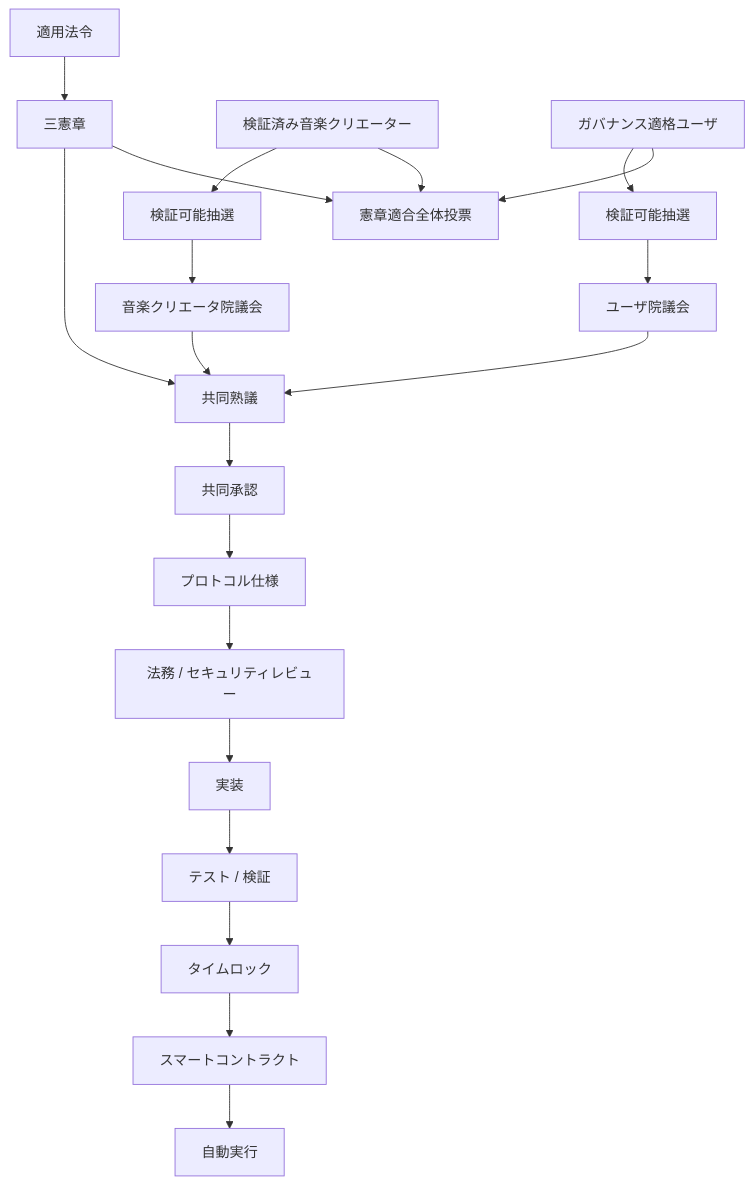
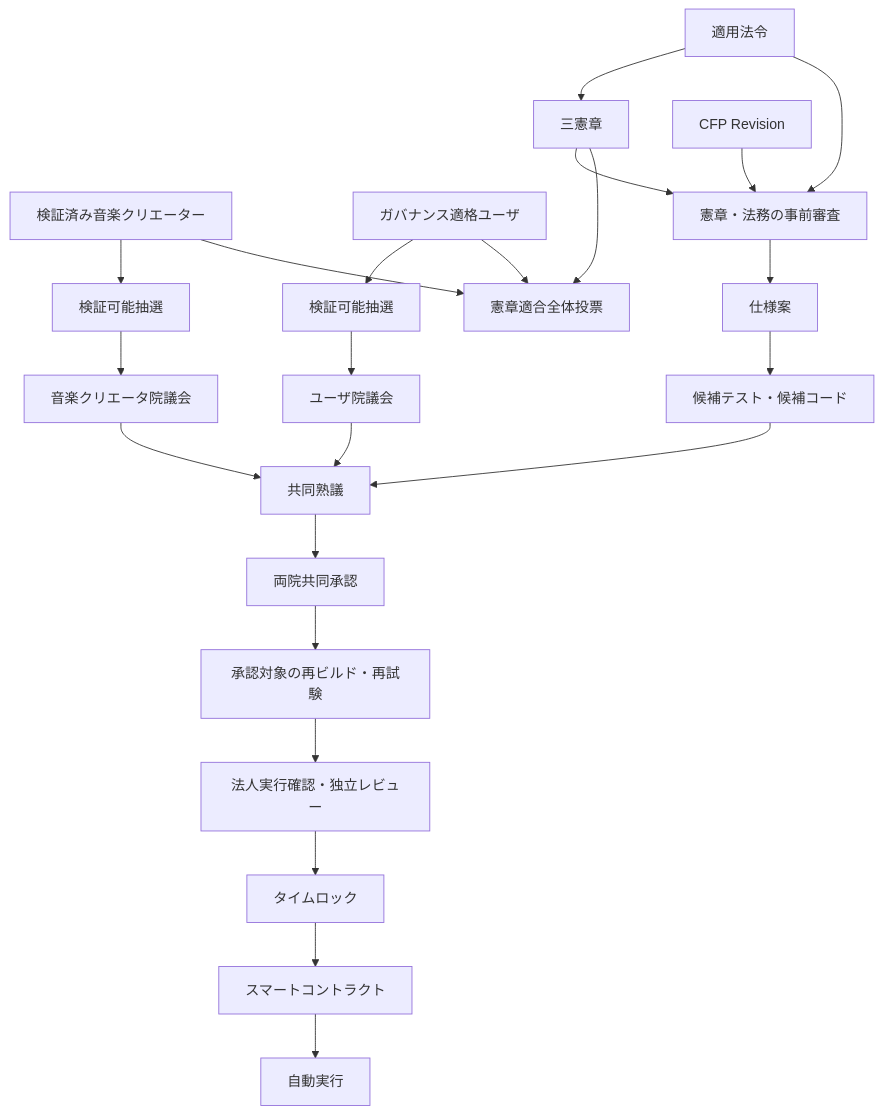
One commit to ShigeichiroYamasaki/creator-first-platform changed diagram 24 of 25 in docs/whitepaper/07-governance.md. Above: the diagram before and after it, drawn with Mermaid. The commit also changed other lines of this file and 23 other files, not shown here.

````diff
--- a/docs/whitepaper/07-governance.md
+++ b/docs/whitepaper/07-governance.md
@@ -1129,34 +1231,36 @@
 ```mermaid
 flowchart TD
     LAW[適用法令]
     CONST[三憲章]
 
     LAW --> CONST
 
     CREATOR[検証済み音楽クリエーター]
     USER[ガバナンス適格ユーザ]
 
     CREATOR --> CSORT[検証可能抽選]
     USER --> USORT[検証可能抽選]
 
     CSORT --> CH[音楽クリエータ院議会]
     USORT --> UH[ユーザ院議会]
 
-    CH --> DELIB[共同熟議]
+    CFP[CFP Revision] --> PRE[憲章・法務の事前審査]
+    LAW --> PRE
+    CONST --> PRE
+    PRE --> SPEC[仕様案]
+    SPEC --> CANDIDATE[候補テスト・候補コード]
+    CANDIDATE --> DELIB[共同熟議]
+    CH --> DELIB
     UH --> DELIB
 
-    CONST --> DELIB
-
-    DELIB --> DECISION[共同承認]
-    DECISION --> SPEC[プロトコル仕様]
-    SPEC --> LEGAL[法務 / セキュリティレビュー]
-    LEGAL --> IMPLEMENT[実装]
-    IMPLEMENT --> TEST[テスト / 検証]
-    TEST --> TIME[タイムロック]
+    DELIB --> DECISION[両院共同承認]
+    DECISION --> TEST[承認対象の再ビルド・再試験]
+    TEST --> LEGAL[法人実行確認・独立レビュー]
+    LEGAL --> TIME[タイムロック]
     TIME --> CODE[スマートコントラクト]
     CODE --> EXEC[自動実行]
 
     CONST --> REFERENDUM[憲章適合全体投票]
     CREATOR --> REFERENDUM
     USER --> REFERENDUM
 ```
````
